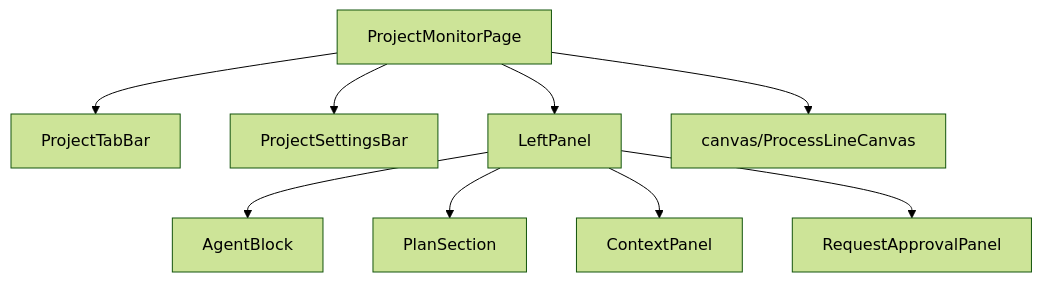
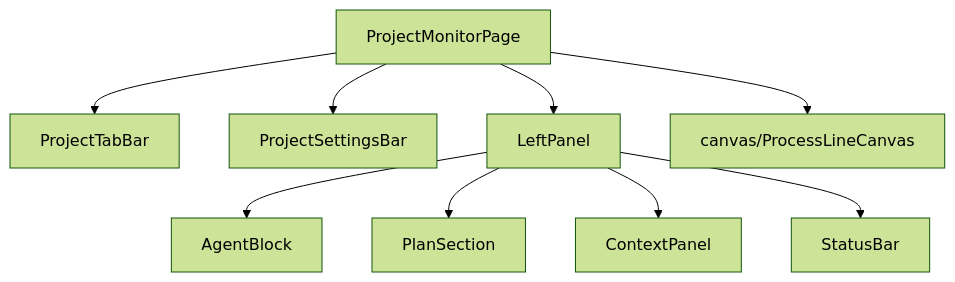
The first of 2 diagrams in .claude/rules/architecture/src/renderer/features/project-monitor.md (Ebwai/Claude-Steer), drawn with Mermaid (forest theme) before and after one commit. The commit also changed other lines of this file and 58 other files, not shown here.

````diff
--- a/.claude/rules/architecture/src/renderer/features/project-monitor.md
+++ b/.claude/rules/architecture/src/renderer/features/project-monitor.md
@@ -11,11 +11,11 @@
 ```mermaid
 graph TD
     ProjectMonitorPage --> ProjectTabBar
     ProjectMonitorPage --> ProjectSettingsBar
     ProjectMonitorPage --> LeftPanel
     ProjectMonitorPage --> Canvas["canvas/ProcessLineCanvas"]
     LeftPanel --> AgentBlock
     LeftPanel --> PlanSection
     LeftPanel --> ContextPanel
-    LeftPanel --> RequestApprovalPanel
+    LeftPanel --> StatusBar
 ```
````
